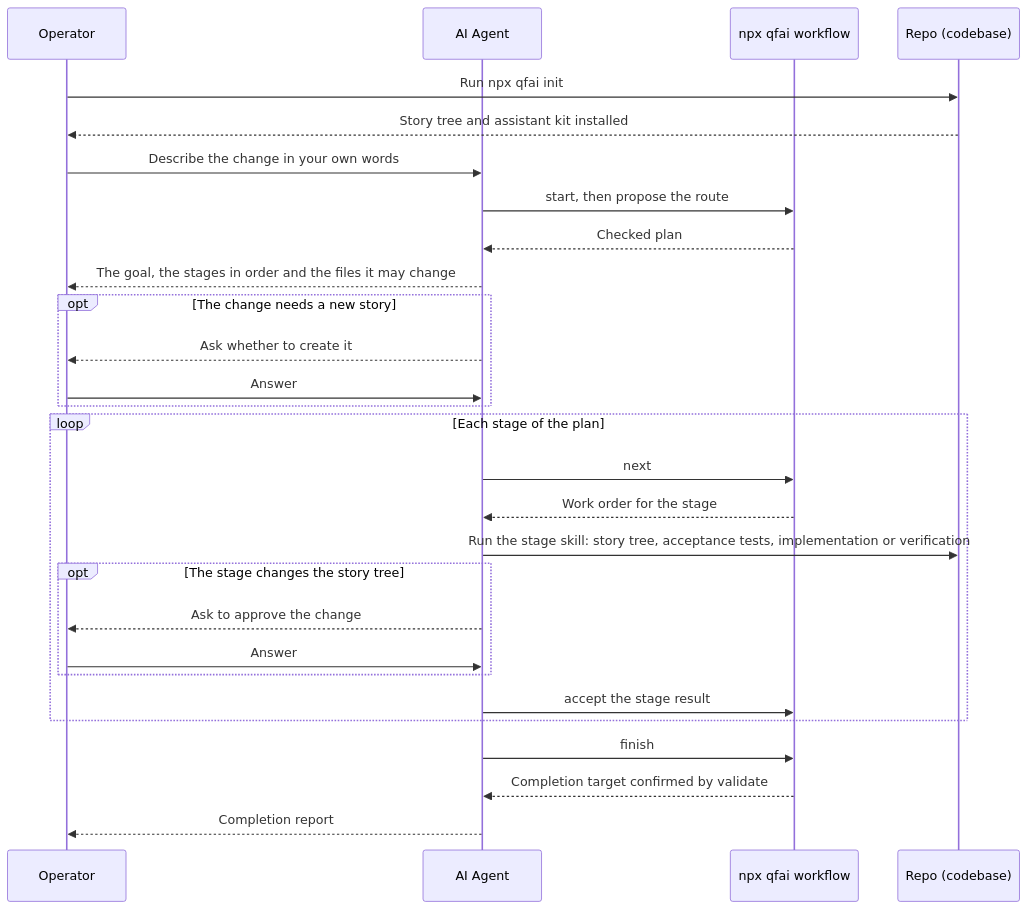
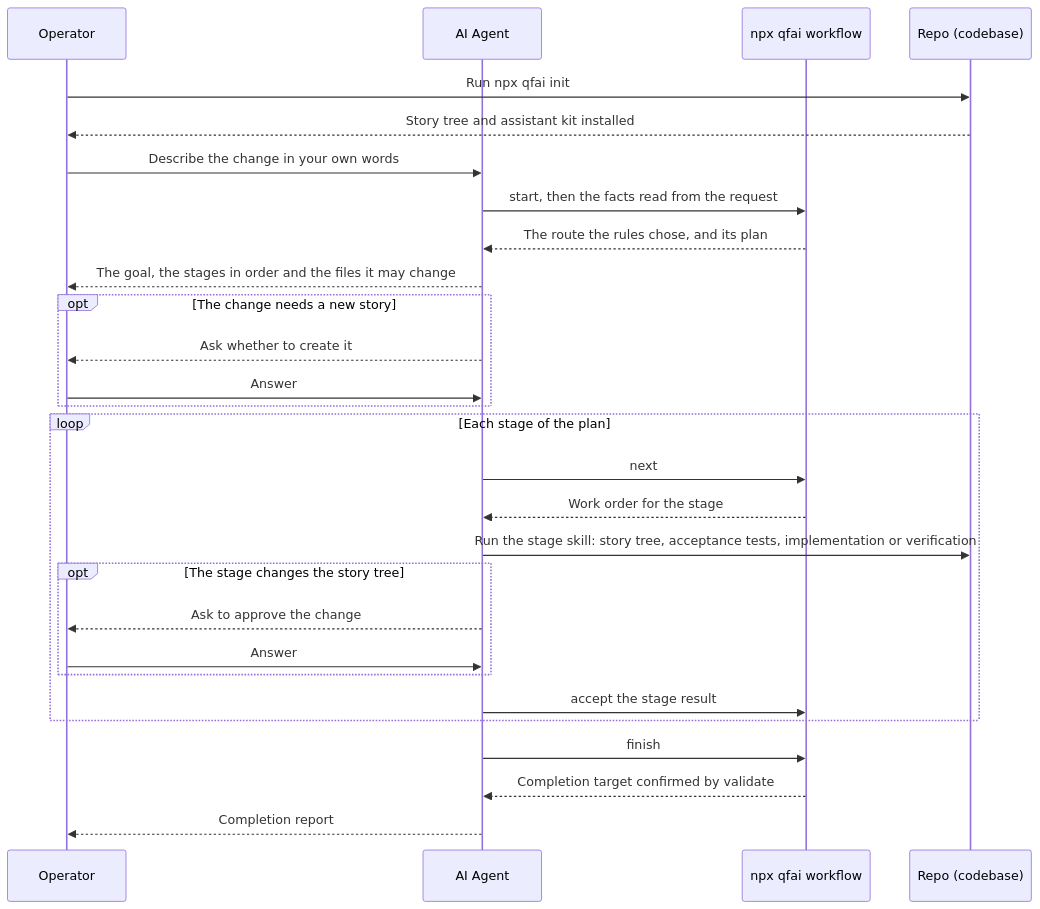
The first of 2 diagrams in packages/qfai/README.md (aganesy/QFAI), drawn with Mermaid before and after one commit. The commit also changed other lines of this file and 12 other files, not shown here.

````diff
--- a/packages/qfai/README.md
+++ b/packages/qfai/README.md
@@ -278,35 +294,35 @@
 ```mermaid
 sequenceDiagram
 participant O as Operator
 participant AG as AI Agent
 participant W as npx qfai workflow
 participant R as Repo (codebase)
 
 O->>R: Run npx qfai init
 R-->>O: Story tree and assistant kit installed
 
 O->>AG: Describe the change in your own words
-AG->>W: start, then propose the route
-W-->>AG: Checked plan
+AG->>W: start, then the facts read from the request
+W-->>AG: The route the rules chose, and its plan
 AG-->>O: The goal, the stages in order and the files it may change
 
 opt The change needs a new story
 AG-->>O: Ask whether to create it
 O->>AG: Answer
 end
 
 loop Each stage of the plan
 AG->>W: next
 W-->>AG: Work order for the stage
 AG->>R: Run the stage skill: story tree, acceptance tests, implementation or verification
 opt The stage changes the story tree
 AG-->>O: Ask to approve the change
 O->>AG: Answer
 end
 AG->>W: accept the stage result
 end
 
 AG->>W: finish
 W-->>AG: Completion target confirmed by validate
 AG-->>O: Completion report
 ```
````
